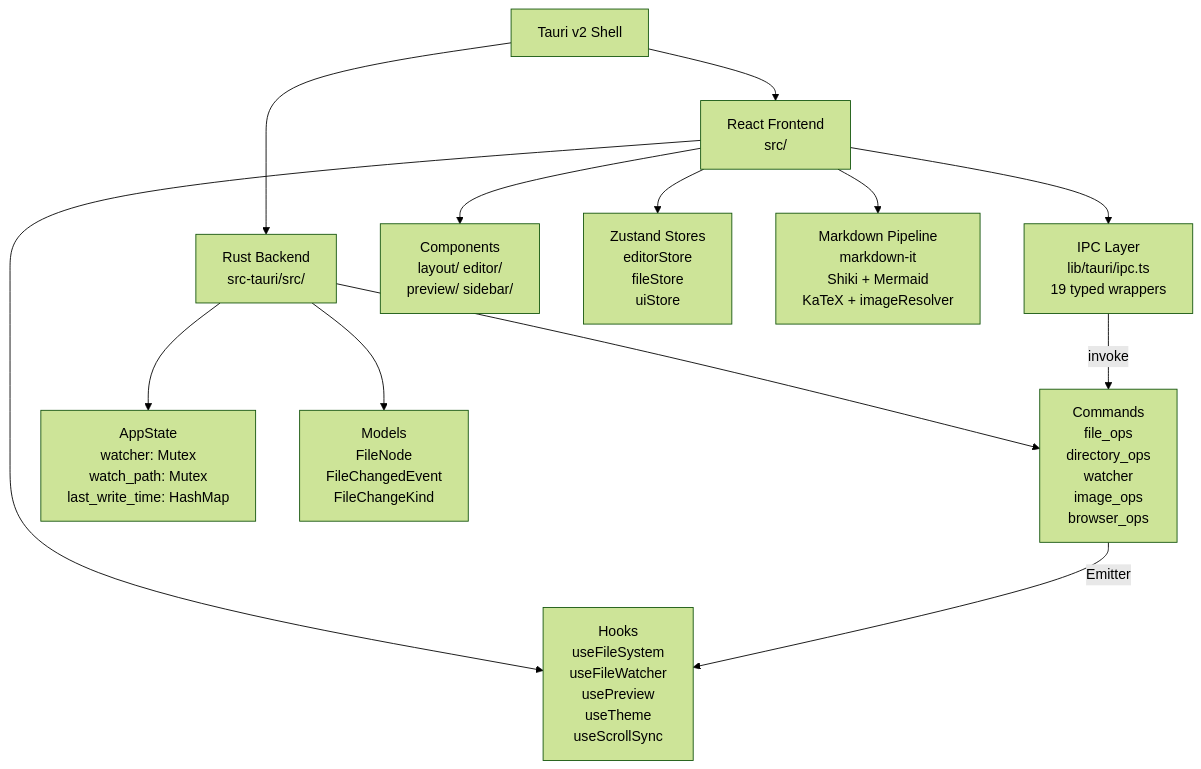
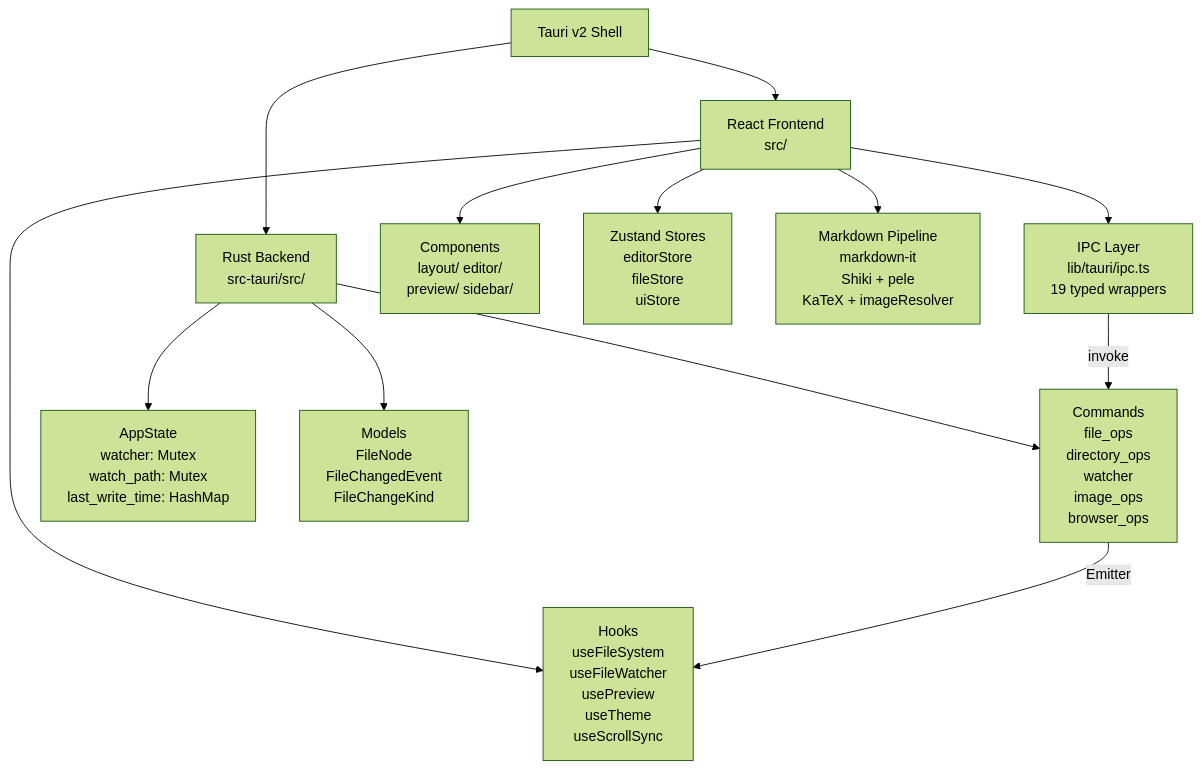
The diagram in .moai/project/codemaps/overview.md (bjw202/mdedit), drawn with Mermaid (forest theme) before and after one commit. The commit also changed other lines of this file and 397 other files, not shown here.

First line of the commit message:
feat(preview): SPEC-PREVIEW-015 다이어그램 엔진을 mermaid에서 pele 1.10.0으로 교체 (#74)

````diff
--- a/.moai/project/codemaps/overview.md
+++ b/.moai/project/codemaps/overview.md
@@ -25,33 +25,33 @@
 ```mermaid
 graph TD
     A["Tauri v2 Shell"]
     
     B["Rust Backend<br/>src-tauri/src/"]
     C["React Frontend<br/>src/"]
     
     B1["Commands<br/>file_ops<br/>directory_ops<br/>watcher<br/>image_ops<br/>browser_ops"]
     B2["AppState<br/>watcher: Mutex<br/>watch_path: Mutex<br/>last_write_time: HashMap"]
     B3["Models<br/>FileNode<br/>FileChangedEvent<br/>FileChangeKind"]
     
     C1["IPC Layer<br/>lib/tauri/ipc.ts<br/>19 typed wrappers"]
     C2["Components<br/>layout/ editor/<br/>preview/ sidebar/"]
     C3["Hooks<br/>useFileSystem<br/>useFileWatcher<br/>usePreview<br/>useTheme<br/>useScrollSync"]
     C4["Zustand Stores<br/>editorStore<br/>fileStore<br/>uiStore"]
-    C5["Markdown Pipeline<br/>markdown-it<br/>Shiki + Mermaid<br/>KaTeX + imageResolver"]
+    C5["Markdown Pipeline<br/>markdown-it<br/>Shiki + pele<br/>KaTeX + imageResolver"]
     
     A --> B
     A --> C
     
     B --> B1
     B --> B2
     B --> B3
     
     C --> C1
     C --> C2
     C --> C3
     C --> C4
     C --> C5
     
     C1 -->|invoke| B1
     B1 -->|Emitter| C3
 ```
````
